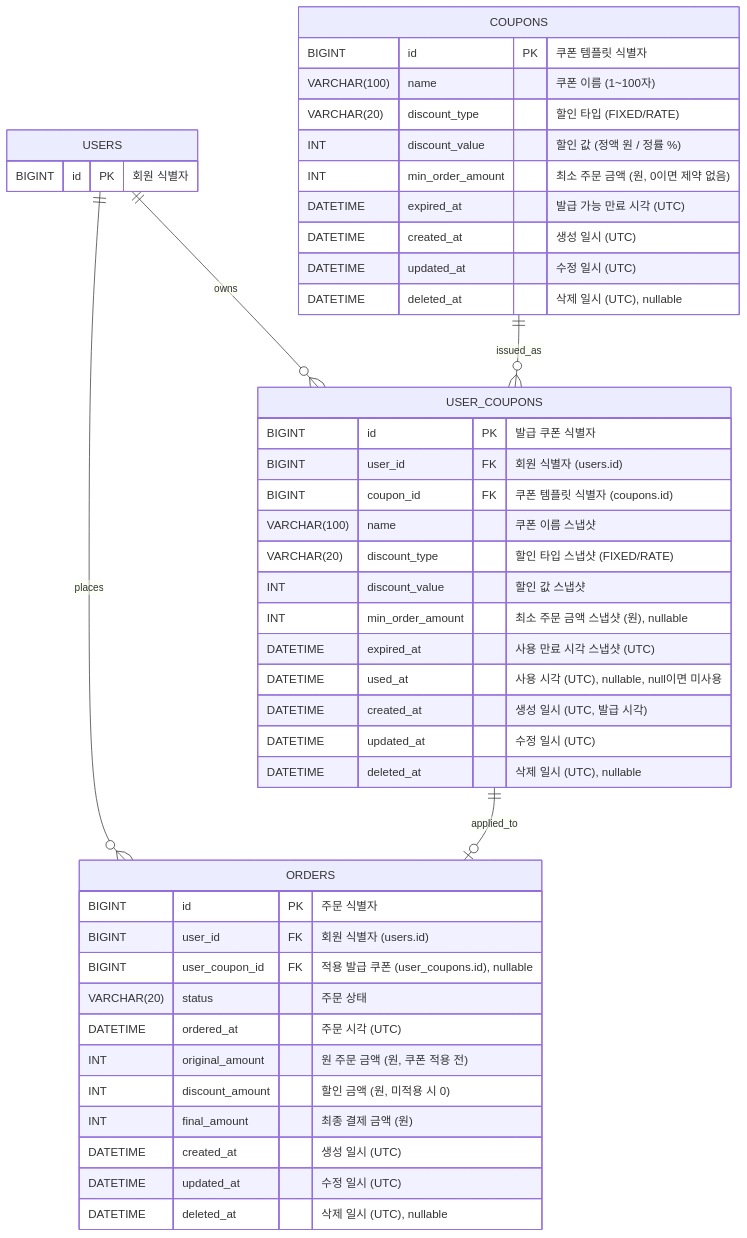
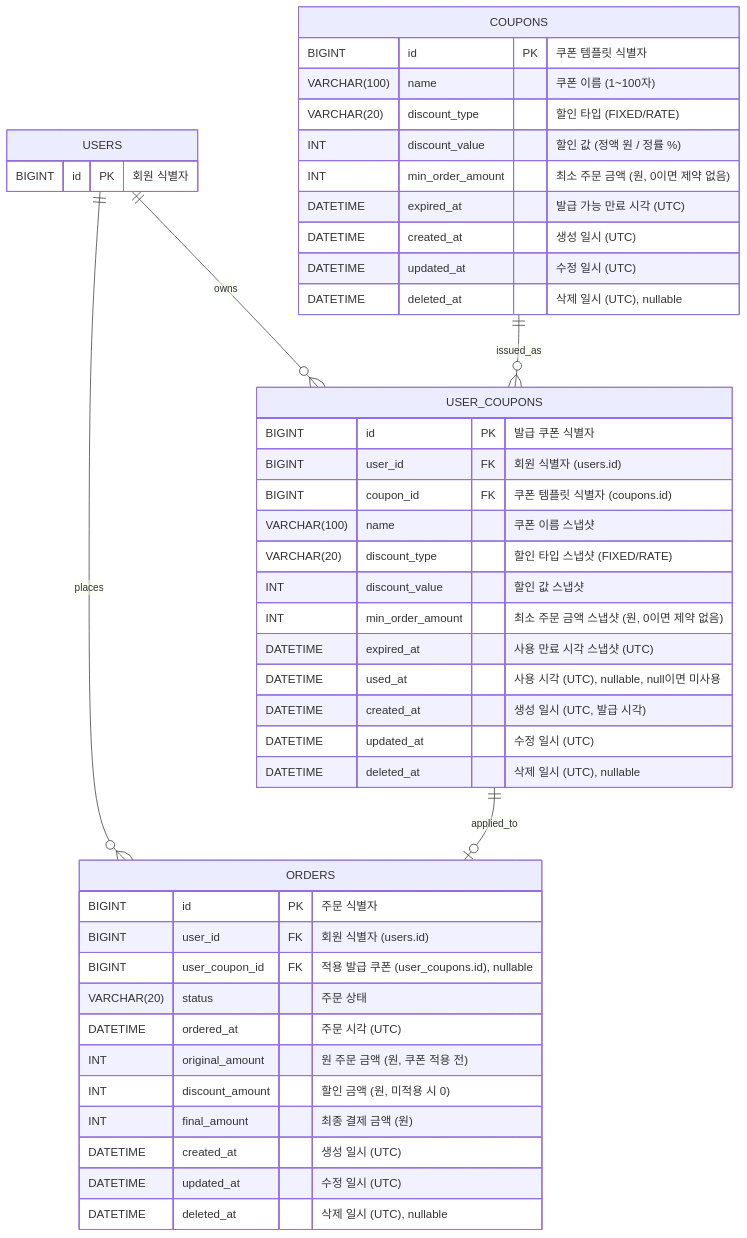
Before and after one commit to loopers-labs/loop-pack-be-l2-vol4-java: the diagram in docs/volume-4/04-erd.md, drawn with Mermaid. The commit also changed other lines of this file and 4 other files, not shown here.

````diff
--- a/docs/volume-4/04-erd.md
+++ b/docs/volume-4/04-erd.md
@@ -16,49 +16,49 @@
 ```mermaid
 erDiagram
     USERS {
         BIGINT id PK "회원 식별자"
     }
     ORDERS {
         BIGINT id PK "주문 식별자"
         BIGINT user_id FK "회원 식별자 (users.id)"
         BIGINT user_coupon_id FK "적용 발급 쿠폰 (user_coupons.id), nullable"
         VARCHAR(20) status "주문 상태"
         DATETIME ordered_at "주문 시각 (UTC)"
         INT original_amount "원 주문 금액 (원, 쿠폰 적용 전)"
         INT discount_amount "할인 금액 (원, 미적용 시 0)"
         INT final_amount "최종 결제 금액 (원)"
         DATETIME created_at "생성 일시 (UTC)"
         DATETIME updated_at "수정 일시 (UTC)"
         DATETIME deleted_at "삭제 일시 (UTC), nullable"
     }
     COUPONS {
         BIGINT id PK "쿠폰 템플릿 식별자"
         VARCHAR(100) name "쿠폰 이름 (1~100자)"
         VARCHAR(20) discount_type "할인 타입 (FIXED/RATE)"
         INT discount_value "할인 값 (정액 원 / 정률 %)"
         INT min_order_amount "최소 주문 금액 (원, 0이면 제약 없음)"
         DATETIME expired_at "발급 가능 만료 시각 (UTC)"
         DATETIME created_at "생성 일시 (UTC)"
         DATETIME updated_at "수정 일시 (UTC)"
         DATETIME deleted_at "삭제 일시 (UTC), nullable"
     }
     USER_COUPONS {
         BIGINT id PK "발급 쿠폰 식별자"
         BIGINT user_id FK "회원 식별자 (users.id)"
         BIGINT coupon_id FK "쿠폰 템플릿 식별자 (coupons.id)"
         VARCHAR(100) name "쿠폰 이름 스냅샷"
         VARCHAR(20) discount_type "할인 타입 스냅샷 (FIXED/RATE)"
         INT discount_value "할인 값 스냅샷"
-        INT min_order_amount "최소 주문 금액 스냅샷 (원), nullable"
+        INT min_order_amount "최소 주문 금액 스냅샷 (원, 0이면 제약 없음)"
         DATETIME expired_at "사용 만료 시각 스냅샷 (UTC)"
         DATETIME used_at "사용 시각 (UTC), nullable, null이면 미사용"
         DATETIME created_at "생성 일시 (UTC, 발급 시각)"
         DATETIME updated_at "수정 일시 (UTC)"
         DATETIME deleted_at "삭제 일시 (UTC), nullable"
     }
 
     USERS        ||--o{ ORDERS       : places
     USERS        ||--o{ USER_COUPONS : owns
     COUPONS      ||--o{ USER_COUPONS : issued_as
     USER_COUPONS ||--o| ORDERS       : applied_to
 ```
````
